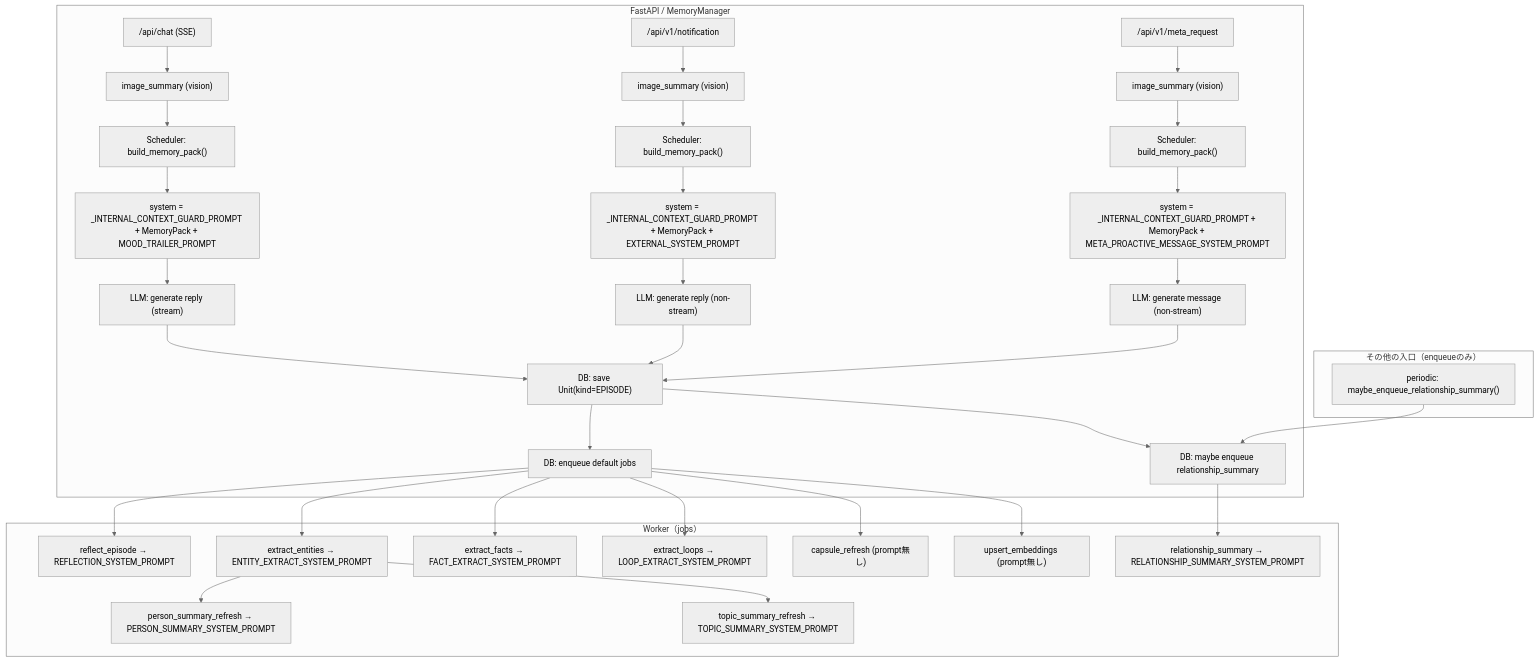
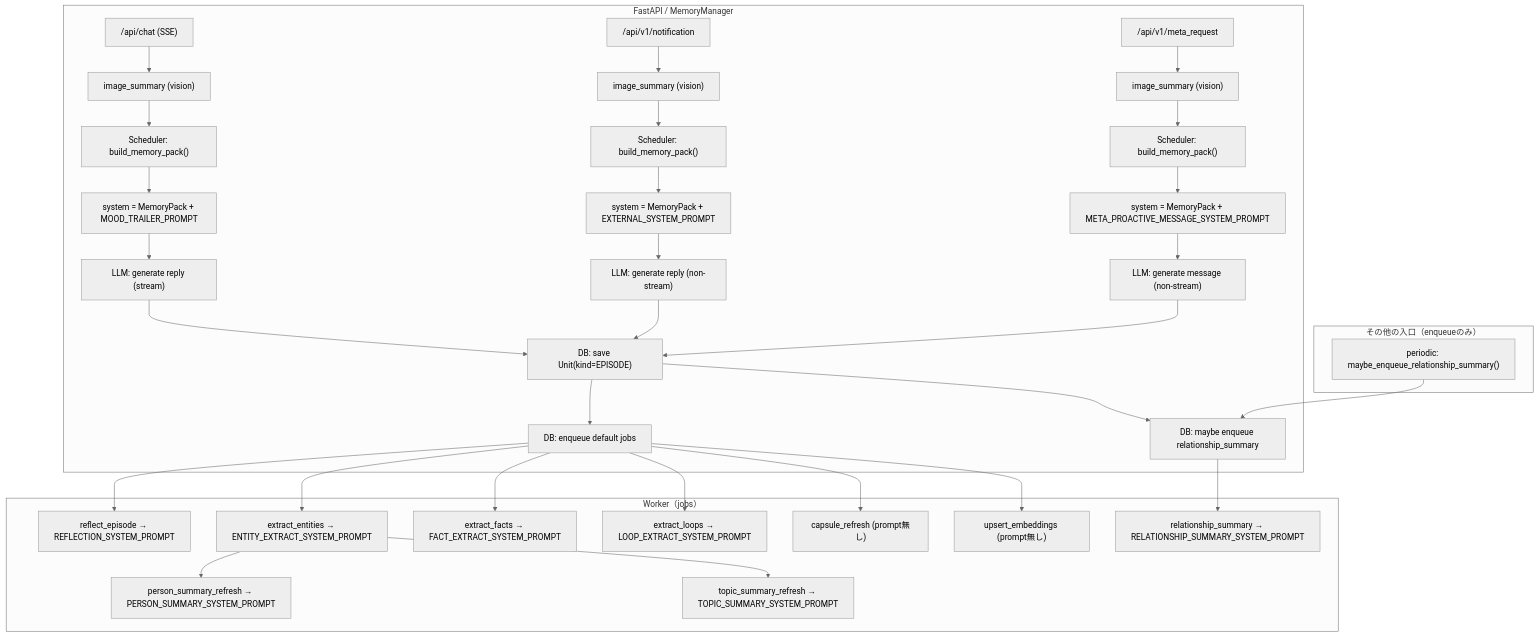
One commit to hirona98/cocoro_ghost changed the first of 4 diagrams in docs/prompt_usage_map.md. Above: the diagram before and after it, drawn with Mermaid (neutral theme). The commit also changed other lines of this file and 17 other files, not shown here.

````diff
--- a/docs/prompt_usage_map.md
+++ b/docs/prompt_usage_map.md
@@ -31,43 +30,43 @@
 ```mermaid
 flowchart TD
   subgraph API["FastAPI / MemoryManager"]
     CHAT["/api/chat (SSE)"] --> IMGC["image_summary (vision)"]
     NOTIF["/api/v1/notification"] --> IMGN["image_summary (vision)"]
     META["/api/v1/meta_request"] --> IMGM["image_summary (vision)"]
 
     IMGC --> PACK["Scheduler: build_memory_pack()"]
     IMGN --> PACKN["Scheduler: build_memory_pack()"]
     IMGM --> PACKM["Scheduler: build_memory_pack()"]
 
-    PACK --> SYS_CHAT["system = _INTERNAL_CONTEXT_GUARD_PROMPT + MemoryPack + MOOD_TRAILER_PROMPT"]
-    PACKN --> SYS_NOTIF["system = _INTERNAL_CONTEXT_GUARD_PROMPT + MemoryPack + EXTERNAL_SYSTEM_PROMPT"]
-    PACKM --> SYS_META["system = _INTERNAL_CONTEXT_GUARD_PROMPT + MemoryPack + META_PROACTIVE_MESSAGE_SYSTEM_PROMPT"]
+    PACK --> SYS_CHAT["system = MemoryPack + MOOD_TRAILER_PROMPT"]
+    PACKN --> SYS_NOTIF["system = MemoryPack + EXTERNAL_SYSTEM_PROMPT"]
+    PACKM --> SYS_META["system = MemoryPack + META_PROACTIVE_MESSAGE_SYSTEM_PROMPT"]
 
     SYS_CHAT --> LLM_CHAT["LLM: generate reply (stream)"]
     SYS_NOTIF --> LLM_NOTIF["LLM: generate reply (non-stream)"]
     SYS_META --> LLM_META["LLM: generate message (non-stream)"]
 
     LLM_CHAT --> SAVE_EP["DB: save Unit(kind=EPISODE)"]
     LLM_NOTIF --> SAVE_EP
     LLM_META --> SAVE_EP
 
     SAVE_EP --> ENQ["DB: enqueue default jobs"]
     SAVE_EP --> ENQW_MAYBE["DB: maybe enqueue relationship_summary"]
   end
 
   subgraph WORKER["Worker（jobs）"]
     ENQ --> REFLECT["reflect_episode → REFLECTION_SYSTEM_PROMPT"]
     ENQ --> ENT["extract_entities → ENTITY_EXTRACT_SYSTEM_PROMPT"]
     ENQ --> FACT["extract_facts → FACT_EXTRACT_SYSTEM_PROMPT"]
     ENQ --> LOOP["extract_loops → LOOP_EXTRACT_SYSTEM_PROMPT"]
     ENQ --> CAPR["capsule_refresh (prompt無し)"]
     ENQ --> EMB["upsert_embeddings (prompt無し)"]
     ENT --> PERS["person_summary_refresh → PERSON_SUMMARY_SYSTEM_PROMPT"]
     ENT --> TOP["topic_summary_refresh → TOPIC_SUMMARY_SYSTEM_PROMPT"]
     ENQW_MAYBE --> WEEK["relationship_summary → RELATIONSHIP_SUMMARY_SYSTEM_PROMPT"]
   end
 
   subgraph OTHER["その他の入口（enqueueのみ）"]
     PERIODIC["periodic: maybe_enqueue_relationship_summary()"] --> ENQW_MAYBE
   end
 ```
````
